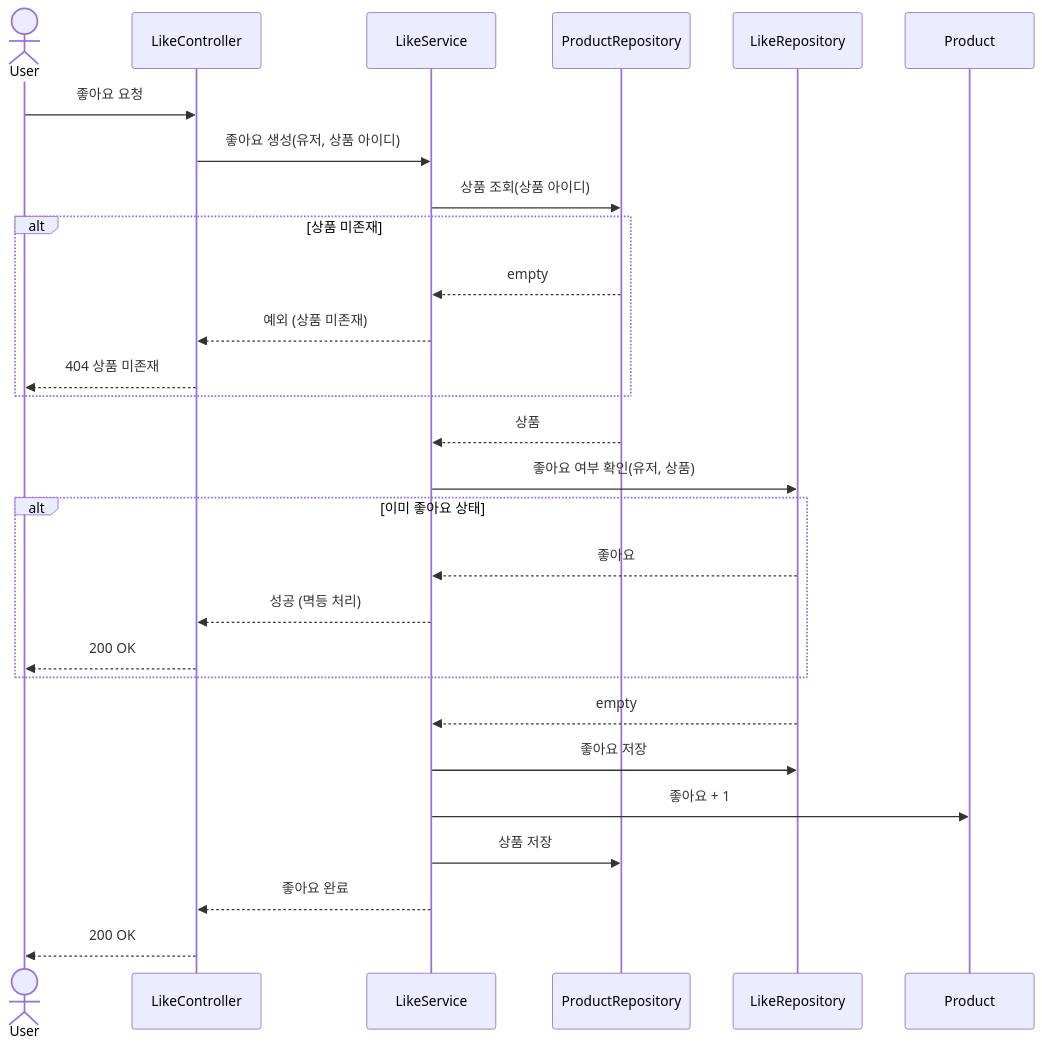
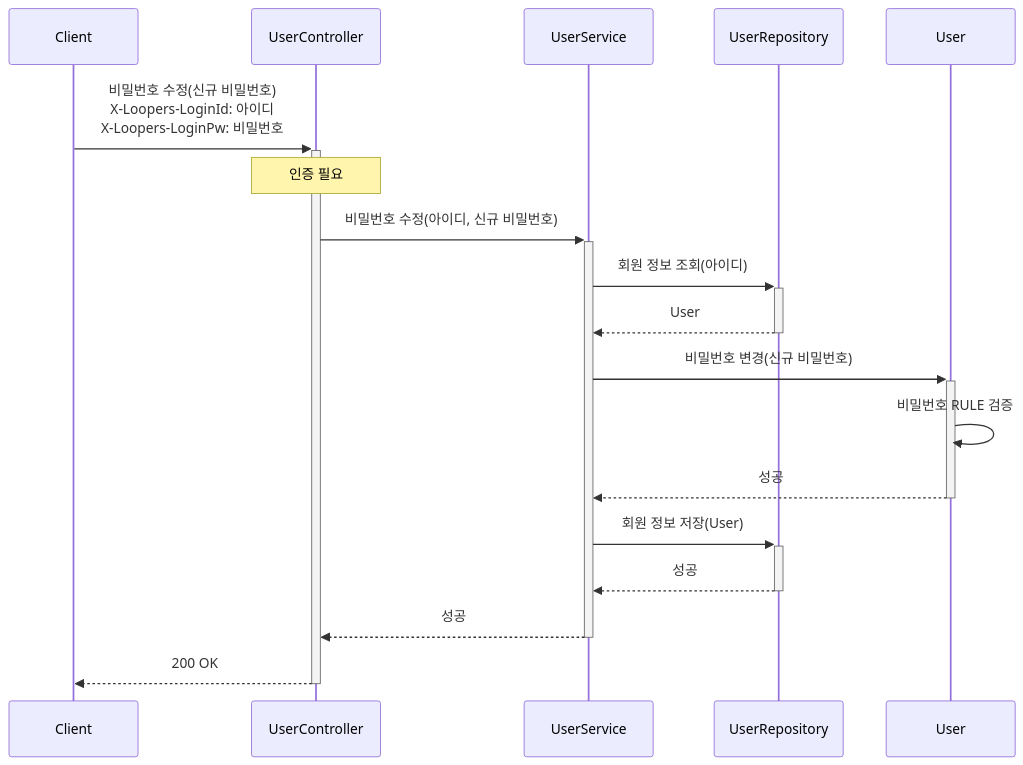
The third of 9 diagrams in .docs/design/02-sequence-diagrams.md (seonminKim1122/loop-pack-be-l2-vol3-java), drawn with Mermaid before and after one commit. The commit also changed other lines of this file and 3 other files, not shown here.

Commit message:
docs: 요구사항정의서, 시퀀스다이어그램, 클래스다이어그램, ERD 수정

````diff
--- a/.docs/design/02-sequence-diagrams.md
+++ b/.docs/design/02-sequence-diagrams.md
@@ -60,34 +50,21 @@
 ```mermaid
 sequenceDiagram
-    actor User
-    participant Controller as LikeController
-    participant Service as LikeService
-    participant ProductRepo as ProductRepository
-    participant LikeRepo as LikeRepository
-    participant Product
-
-    User->>Controller: 좋아요 요청
-    Controller->>Service: 좋아요 생성(유저, 상품 아이디)
-
-    Service->>ProductRepo: 상품 조회(상품 아이디)
-    alt 상품 미존재
-        ProductRepo-->>Service: empty
-        Service-->>Controller: 예외 (상품 미존재)
-        Controller-->>User: 404 상품 미존재
-    end
-
-    ProductRepo-->>Service: 상품
-    Service->>LikeRepo: 좋아요 여부 확인(유저, 상품)
-    alt 이미 좋아요 상태
-        LikeRepo-->>Service: 좋아요
-        Service-->>Controller: 성공 (멱등 처리)
-        Controller-->>User: 200 OK
-    end
-
-    LikeRepo-->>Service: empty
-    Service->>LikeRepo: 좋아요 저장
-    Service->>Product: 좋아요 + 1
-    Service->>ProductRepo: 상품 저장
-    Service-->>Controller: 좋아요 완료
-    Controller-->>User: 200 OK
+    participant Client
+    participant UserController
+    participant UserService
+    participant UserRepository
+    participant User
+    
+    Client ->>+ UserController: 비밀번호 수정(신규 비밀번호)<br>X-Loopers-LoginId: 아이디<br>X-Loopers-LoginPw: 비밀번호
+    Note over UserController: 인증 필요
+    UserController ->>+ UserService: 비밀번호 수정(아이디, 신규 비밀번호)
+    UserService ->>+ UserRepository: 회원 정보 조회(아이디)
+    UserRepository -->>- UserService: User
+    UserService ->>+ User: 비밀번호 변경(신규 비밀번호)
+    User ->> User: 비밀번호 RULE 검증
+    User -->>- UserService: 성공
+    UserService ->>+ UserRepository: 회원 정보 저장(User)
+    UserRepository -->>- UserService: 성공
+    UserService -->>- UserController: 성공
+    UserController -->>- Client: 200 OK
 ```
````
